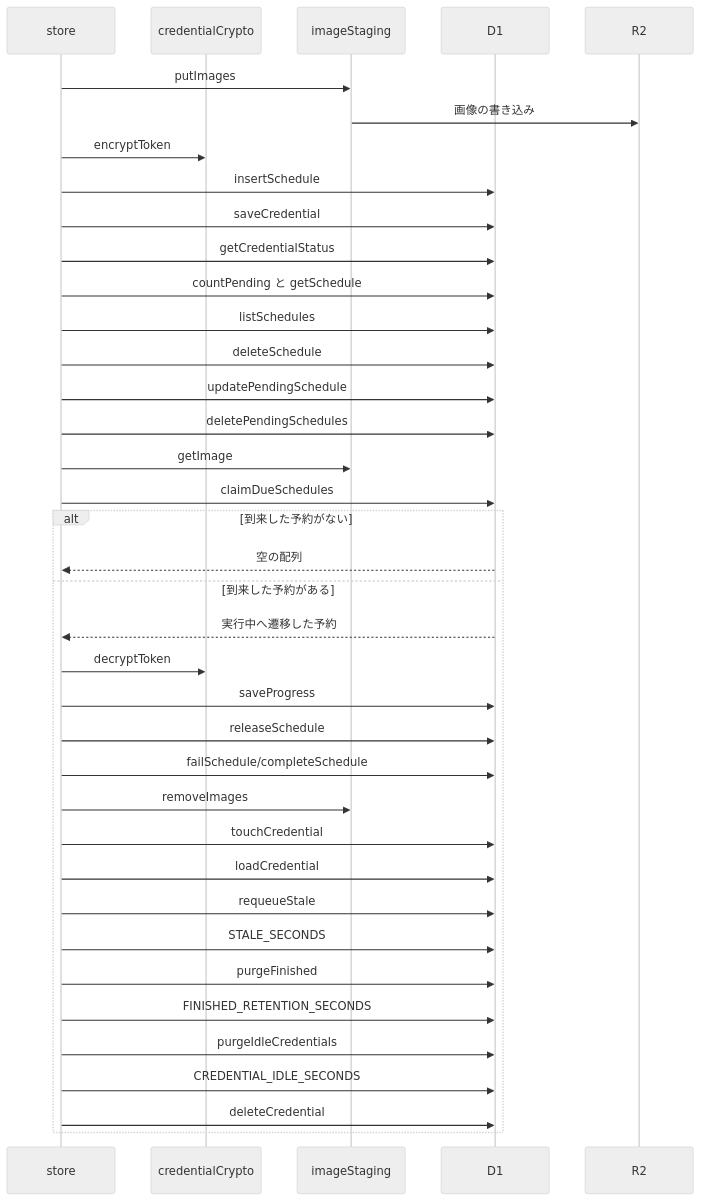
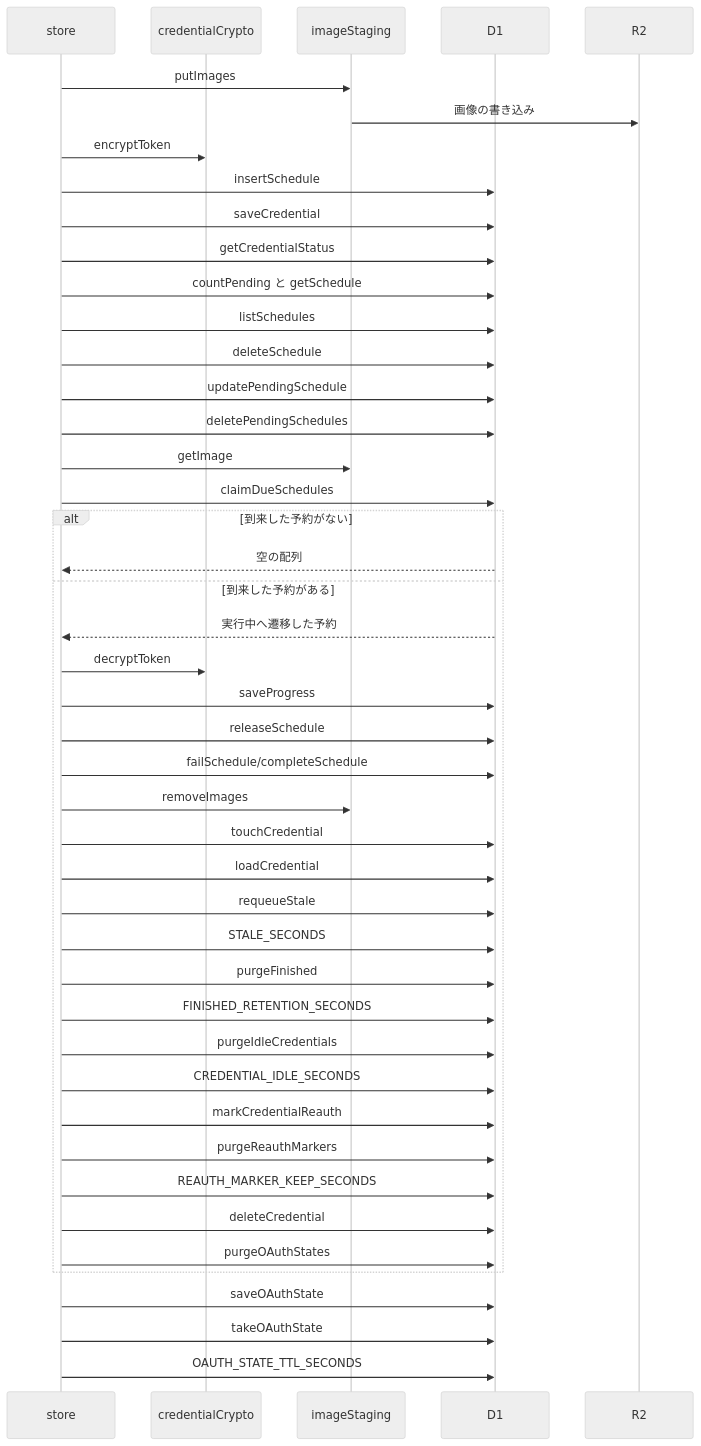
One commit to nekono-dev/skyshare changed the second of 2 diagrams in specs/schedule-store/design.md. Above: the diagram before and after it, drawn with Mermaid (neutral theme). The commit also changed other lines of this file and 88 other files, not shown here.

````diff
--- a/specs/schedule-store/design.md
+++ b/specs/schedule-store/design.md
@@ -32,40 +32,47 @@
 ```mermaid
 sequenceDiagram
   participant store
   participant credentialCrypto
   participant imageStaging
   participant ext_d1 as D1
   participant ext_r2 as R2
   store->>imageStaging: putImages
   imageStaging->>ext_r2: 画像の書き込み
   store->>credentialCrypto: encryptToken
   store->>ext_d1: insertSchedule
   store->>ext_d1: saveCredential
   store->>ext_d1: getCredentialStatus
   store->>ext_d1: countPending と getSchedule
   store->>ext_d1: listSchedules
   store->>ext_d1: deleteSchedule
   store->>ext_d1: updatePendingSchedule
   store->>ext_d1: deletePendingSchedules
   store->>imageStaging: getImage
   store->>ext_d1: claimDueSchedules
   alt 到来した予約がない
     ext_d1-->>store: 空の配列
   else 到来した予約がある
     ext_d1-->>store: 実行中へ遷移した予約
     store->>credentialCrypto: decryptToken
     store->>ext_d1: saveProgress
     store->>ext_d1: releaseSchedule
     store->>ext_d1: failSchedule/completeSchedule
     store->>imageStaging: removeImages
     store->>ext_d1: touchCredential
     store->>ext_d1: loadCredential
     store->>ext_d1: requeueStale
     store->>ext_d1: STALE_SECONDS
     store->>ext_d1: purgeFinished
     store->>ext_d1: FINISHED_RETENTION_SECONDS
     store->>ext_d1: purgeIdleCredentials
     store->>ext_d1: CREDENTIAL_IDLE_SECONDS
+    store->>ext_d1: markCredentialReauth
+    store->>ext_d1: purgeReauthMarkers
+    store->>ext_d1: REAUTH_MARKER_KEEP_SECONDS
     store->>ext_d1: deleteCredential
+    store->>ext_d1: purgeOAuthStates
   end
+  store->>ext_d1: saveOAuthState
+  store->>ext_d1: takeOAuthState
+  store->>ext_d1: OAUTH_STATE_TTL_SECONDS
 ```
````
